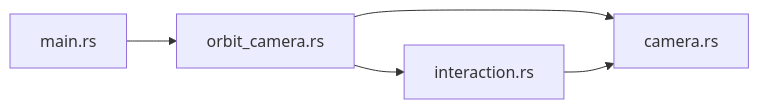
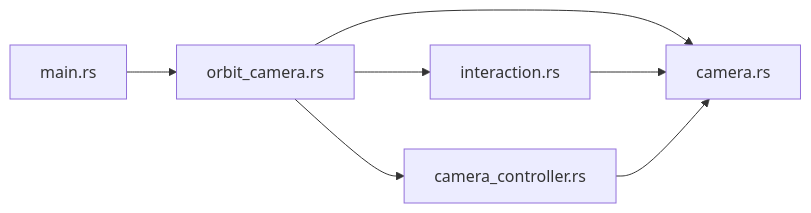
Before and after one commit to rzhangjing/cesium: the sixth of 6 diagrams in .qoder/repowiki/zh/content/项目概述/核心特性/相机与交互控制/相机控制系统/轨道相机控制器.md, drawn with Mermaid. The commit also changed other lines of this file and 9 other files, not shown here.

````diff
--- a/.qoder/repowiki/zh/content/项目概述/核心特性/相机与交互控制/相机控制系统/轨道相机控制器.md
+++ b/.qoder/repowiki/zh/content/项目概述/核心特性/相机与交互控制/相机控制系统/轨道相机控制器.md
@@ -253,7 +277,9 @@
 ```mermaid
 graph LR
 Main["main.rs"] --> Ctrl["orbit_camera.rs"]
 Ctrl --> Cam["camera.rs"]
 Ctrl --> Inp["interaction.rs"]
 Inp --> Cam
+Ctrl --> CCtrl["camera_controller.rs"]
+CCtrl --> Cam
 ```
````
